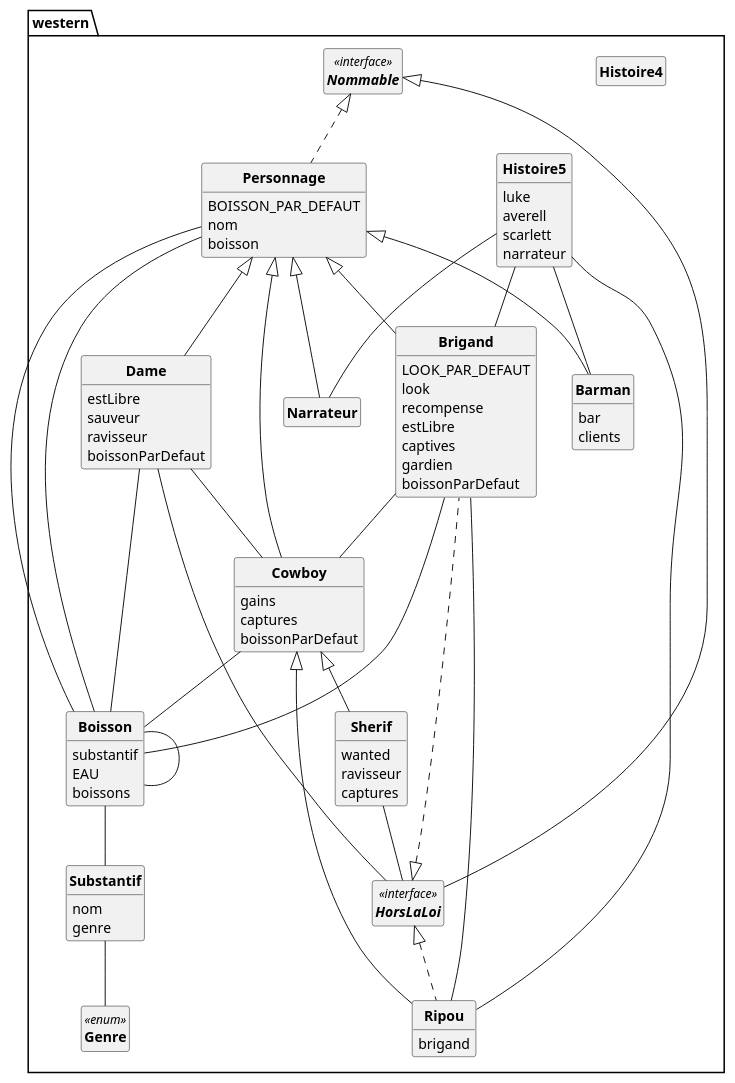
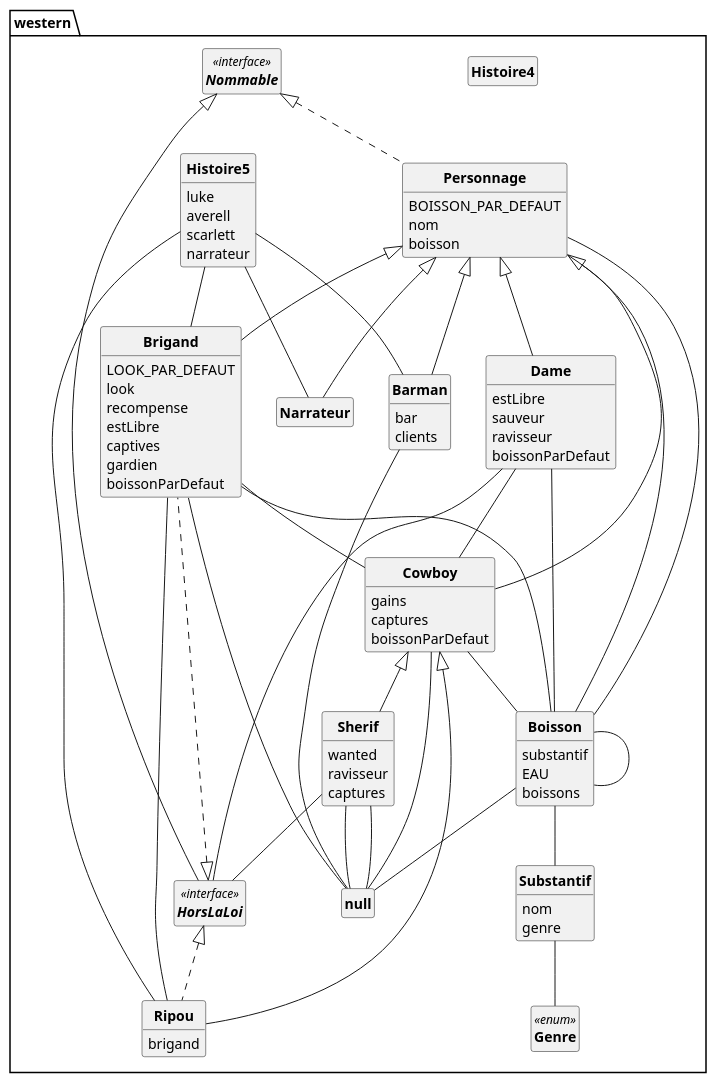
The diagram in puml/DiagrammesGenereCode/DCA_pumlCode.puml (D3B1RUM4N/PumlFromJava), drawn with PlantUML before and after one commit. The commit also changed 4 other files, not shown here.

```diff
--- a/puml/DiagrammesGenereCode/DCA_pumlCode.puml
+++ b/puml/DiagrammesGenereCode/DCA_pumlCode.puml
@@ -1,122 +1,128 @@
 @startuml
 
 'UML GENERE PAR CODE :)
 
 skinparam style strictuml
 skinparam classAttributeIconSize 0
 skinparam classFontStyle Bold
 hide empty members
 
 PACKAGE western{
 	CLASS Barman  extends Personnage {
 		bar
 		clients
 	}
+Barman -- null
 
 
 	CLASS Boisson  {
 		substantif
 		EAU
 		boissons
 	}
 Boisson -- Substantif
 Boisson -- Boisson
+Boisson -- null
 
 
 	CLASS Brigand  extends Personnage implements HorsLaLoi {
 		LOOK_PAR_DEFAUT
 		look
 		recompense
 		estLibre
 		captives
 		gardien
 		boissonParDefaut
 	}
+Brigand -- null
 Brigand -- Cowboy
 Brigand -- Boisson
 
 
 	CLASS Cowboy  extends Personnage {
 		gains
 		captures
 		boissonParDefaut
 	}
+Cowboy -- null
 Cowboy -- Boisson
 
 
 	CLASS Dame  extends Personnage {
 		estLibre
 		sauveur
 		ravisseur
 		boissonParDefaut
 	}
 Dame -- Cowboy
 Dame -- HorsLaLoi
 Dame -- Boisson
 
 
 	ENUM Genre<<enum>>{
 
 	}
 
 	CLASS Histoire4  {
 	}
 
 
 	CLASS Histoire5  {
 		luke
 		averell
 		scarlett
 		narrateur
 	}
 Histoire5 -- Barman
 Histoire5 -- Brigand
 Histoire5 -- Ripou
 Histoire5 -- Narrateur
 
 
 	INTERFACE HorsLaLoi <<interface>>  implements Nommable{
 
 	}
 
 	CLASS Narrateur  extends Personnage {
 	}
 
 
 	INTERFACE Nommable <<interface>> {
 
 	}
 
 	CLASS Personnage  implements Nommable {
 		BOISSON_PAR_DEFAUT
 		nom
 		boisson
 	}
 Personnage -- Boisson
 Personnage -- Boisson
 
 
 	CLASS Ripou  extends Cowboy implements HorsLaLoi {
 		brigand
 	}
 Ripou -- Brigand
 
 
 	CLASS Sherif  extends Cowboy {
 		wanted
 		ravisseur
 		captures
 	}
+Sherif -- null
 Sherif -- HorsLaLoi
+Sherif -- null
 
 
 	CLASS Substantif  {
 		nom
 		genre
 	}
 Substantif -- Genre
 
 
 
 }
 @enduml
```
